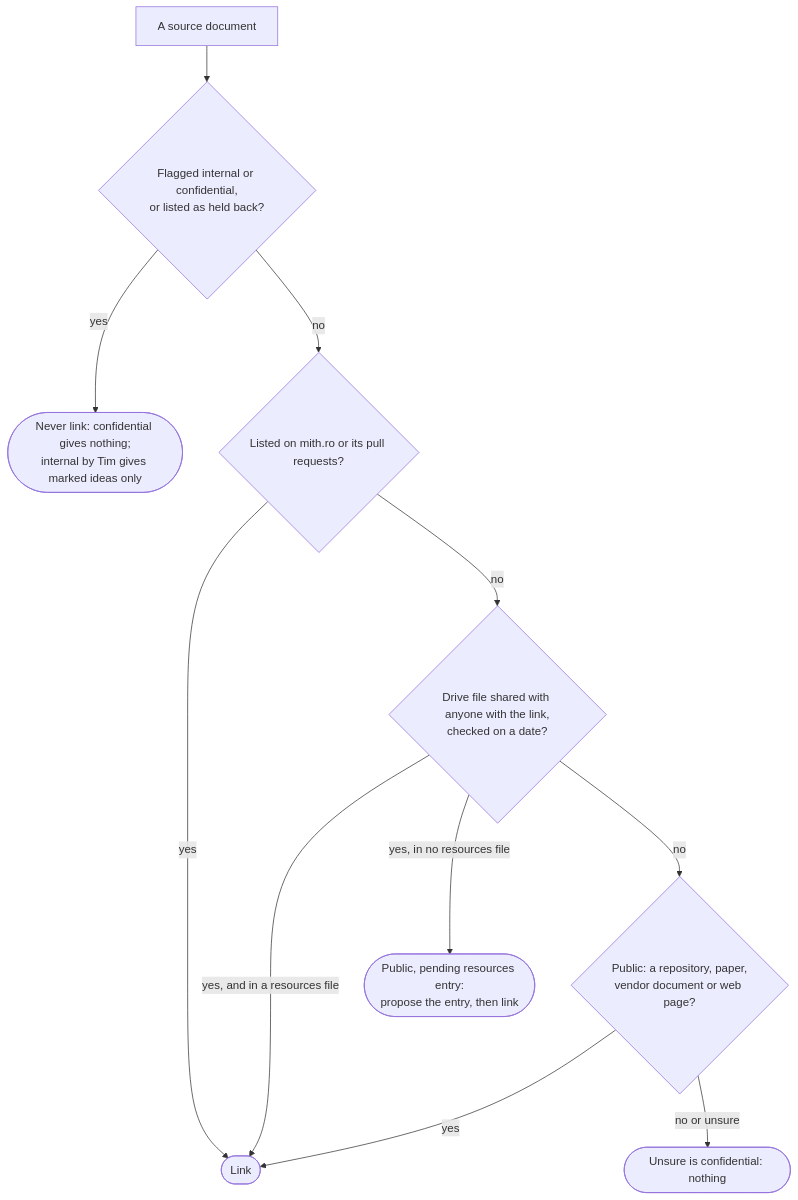
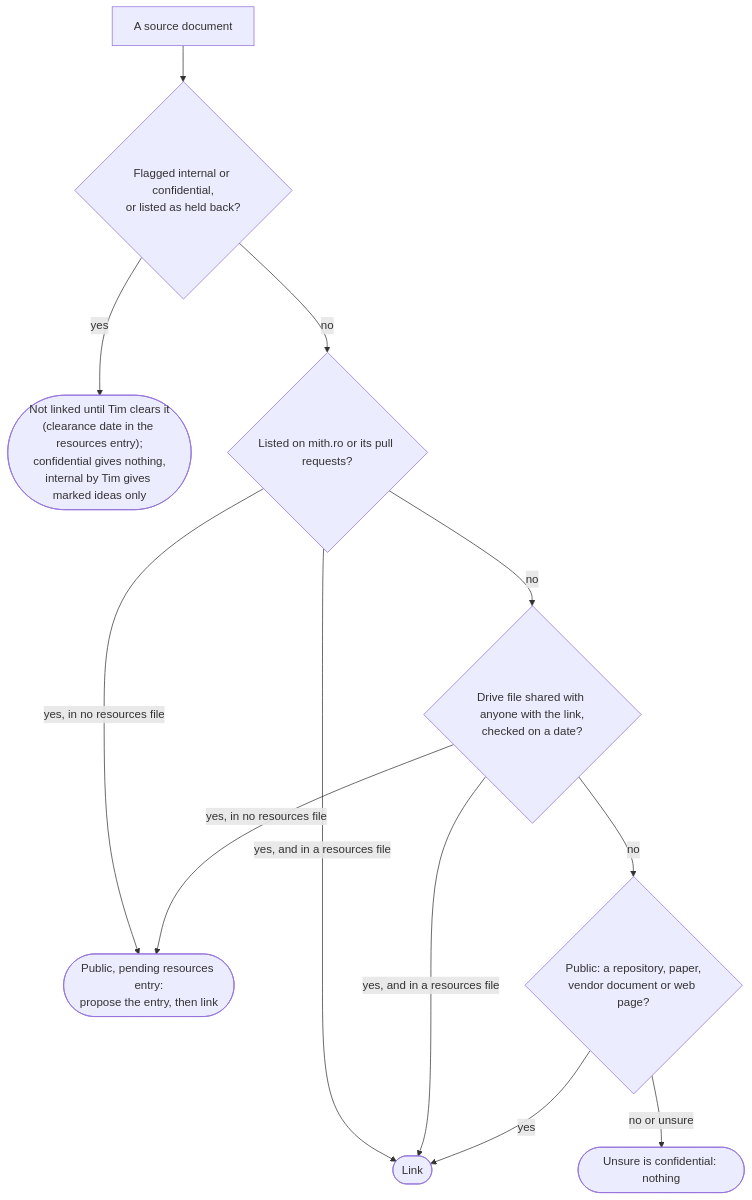
Before and after one commit to mithro/open-silicon-hitlist: the third of 3 diagrams in GUIDELINES.md, drawn with Mermaid. The commit also changed other lines of this file and 2 other files, not shown here.

````diff
--- a/GUIDELINES.md
+++ b/GUIDELINES.md
@@ -462,13 +462,14 @@
 ```mermaid
 flowchart TD
   A["A source document"] --> B{"Flagged internal or confidential,<br/>or listed as held back?"}
-  B -->|yes| N1(["Never link: confidential gives nothing;<br/>internal by Tim gives marked ideas only"])
+  B -->|yes| N1(["Not linked until Tim clears it<br/>(clearance date in the resources entry);<br/>confidential gives nothing,<br/>internal by Tim gives marked ideas only"])
   B -->|no| C{"Listed on mith.ro or its pull requests?"}
-  C -->|yes| L(["Link"])
+  C -->|yes, and in a resources file| L(["Link"])
+  C -->|yes, in no resources file| P
   C -->|no| D{"Drive file shared with anyone with the link,<br/>checked on a date?"}
   D -->|yes, and in a resources file| L
   D -->|yes, in no resources file| P(["Public, pending resources entry:<br/>propose the entry, then link"])
   D -->|no| E{"Public: a repository, paper,<br/>vendor document or web page?"}
   E -->|yes| L
   E -->|no or unsure| N2(["Unsure is confidential: nothing"])
 ```
````
